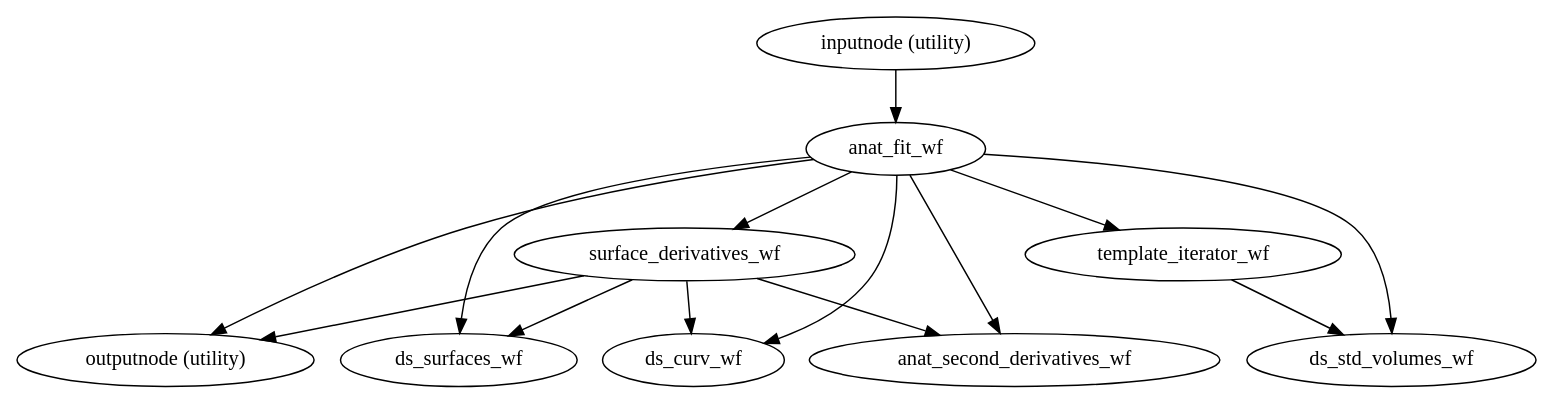
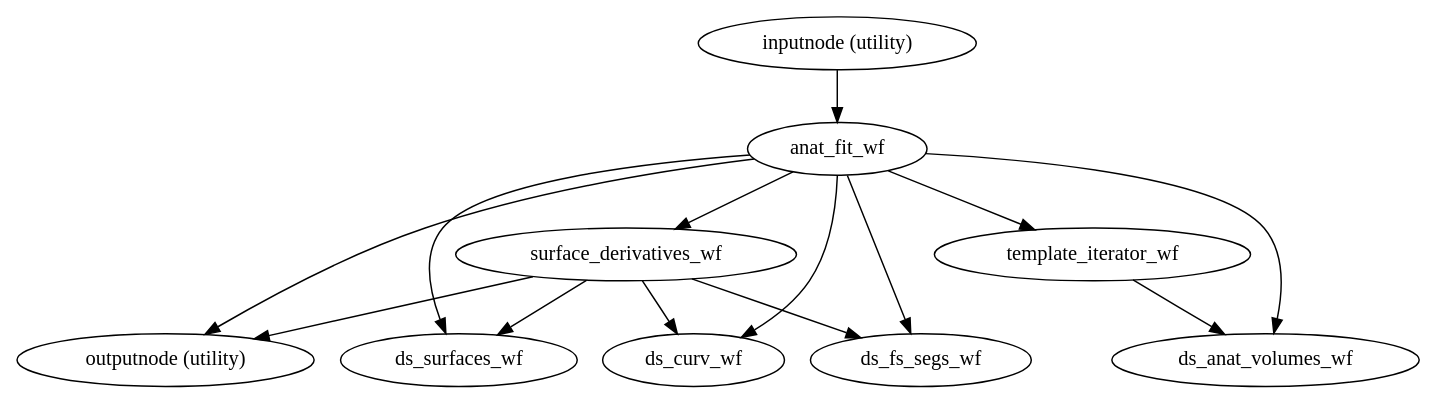
Before and after one commit to laviniawuensch/smriprep: the diagram in master/wf_directive/api/anat_preproc_wf/smriprep-workflows-anatomical-2.dot, drawn with Graphviz. The commit also changed 2568 other files, not shown here.

```diff
--- a/master/wf_directive/api/anat_preproc_wf/smriprep-workflows-anatomical-2.dot
+++ b/master/wf_directive/api/anat_preproc_wf/smriprep-workflows-anatomical-2.dot
@@ -1,24 +1,24 @@
 strict digraph  {
 "inputnode (utility)";
 "anat_fit_wf";
 "outputnode (utility)";
 "template_iterator_wf";
-"ds_std_volumes_wf";
+"ds_anat_volumes_wf";
 "surface_derivatives_wf";
 "ds_surfaces_wf";
 "ds_curv_wf";
-"anat_second_derivatives_wf";
+"ds_fs_segs_wf";
 "inputnode (utility)" -> "anat_fit_wf";
 "anat_fit_wf" -> "outputnode (utility)";
 "anat_fit_wf" -> "template_iterator_wf";
-"anat_fit_wf" -> "ds_std_volumes_wf";
+"anat_fit_wf" -> "ds_anat_volumes_wf";
 "anat_fit_wf" -> "surface_derivatives_wf";
 "anat_fit_wf" -> "ds_surfaces_wf";
 "anat_fit_wf" -> "ds_curv_wf";
-"anat_fit_wf" -> "anat_second_derivatives_wf";
-"template_iterator_wf" -> "ds_std_volumes_wf";
+"anat_fit_wf" -> "ds_fs_segs_wf";
+"template_iterator_wf" -> "ds_anat_volumes_wf";
 "surface_derivatives_wf" -> "ds_surfaces_wf";
 "surface_derivatives_wf" -> "ds_curv_wf";
-"surface_derivatives_wf" -> "anat_second_derivatives_wf";
+"surface_derivatives_wf" -> "ds_fs_segs_wf";
 "surface_derivatives_wf" -> "outputnode (utility)";
 }
```
